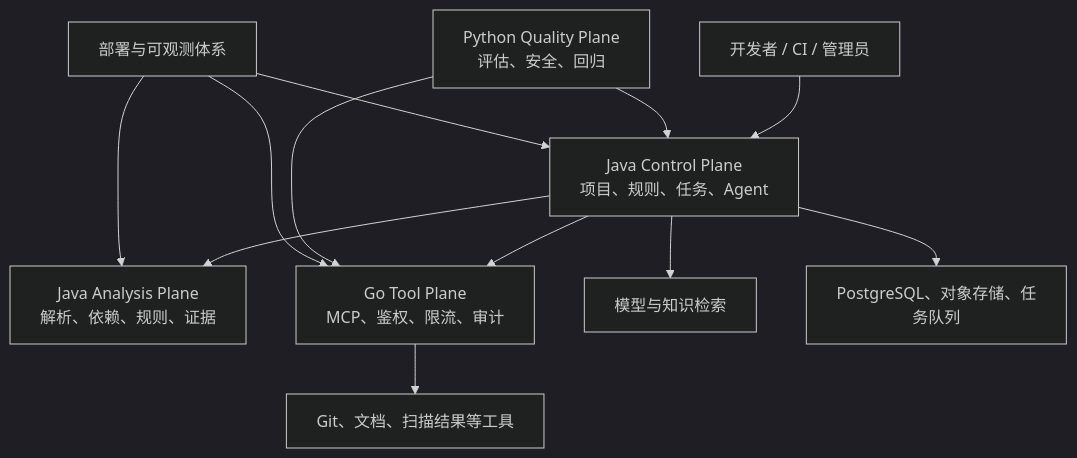
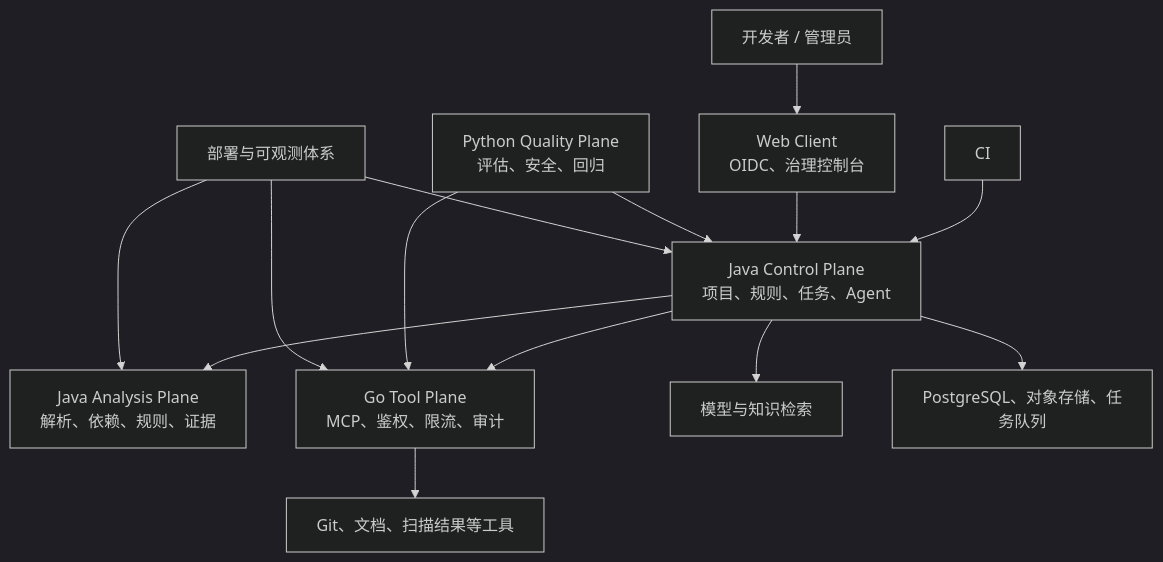
One commit to AI-ArchGuard/archguard-docs changed the diagram in architecture/context.md. Above: the diagram before and after it, drawn with Mermaid (dark theme). The commit also changed other lines of this file and 17 other files, not shown here.

````diff
--- a/architecture/context.md
+++ b/architecture/context.md
@@ -9,14 +9,16 @@
 ```mermaid
 flowchart TD
-    U[开发者 / CI / 管理员] --> P[Java Control Plane<br/>项目、规则、任务、Agent]
+    U[开发者 / 管理员] --> W[Web Client<br/>OIDC、治理控制台]
+    CI[CI] --> P
+    W --> P[Java Control Plane<br/>项目、规则、任务、Agent]
     P --> S[Java Analysis Plane<br/>解析、依赖、规则、证据]
     P --> G[Go Tool Plane<br/>MCP、鉴权、限流、审计]
     G --> T[Git、文档、扫描结果等工具]
     P --> M[模型与知识检索]
     E[Python Quality Plane<br/>评估、安全、回归] --> P
     E --> G
     P --> D[PostgreSQL、对象存储、任务队列]
     O[部署与可观测体系] --> P
     O --> S
     O --> G
 ```
````
